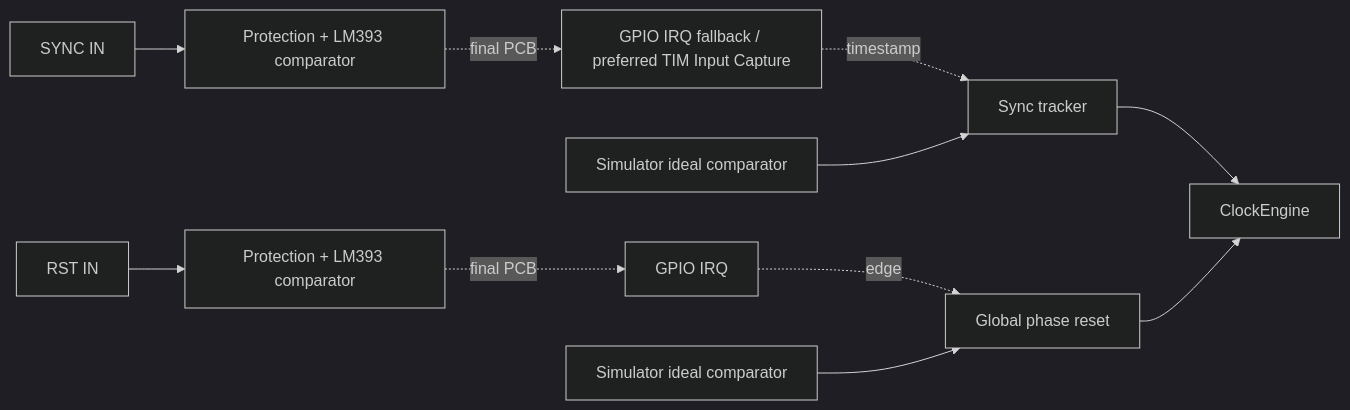
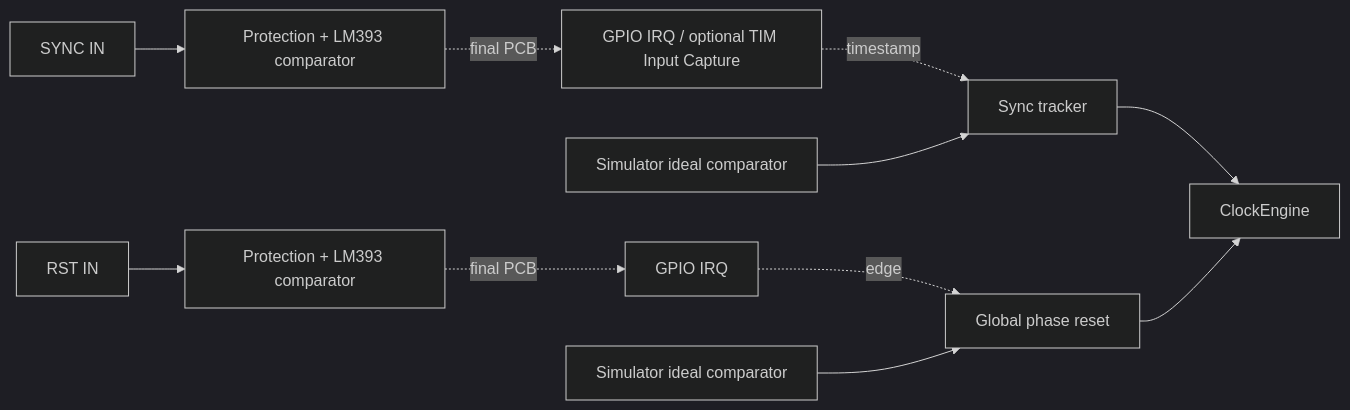
The sixth of 7 diagrams in docs/ARCHITECTURE.md (napolitano/eurorack-clock-firmware), drawn with Mermaid (dark theme) before and after one commit. The commit also changed other lines of this file and 29 other files, not shown here.

````diff
--- a/docs/ARCHITECTURE.md
+++ b/docs/ARCHITECTURE.md
@@ -252,13 +258,13 @@
 ```mermaid
 flowchart LR
     SyncJack[SYNC IN] --> SyncAnalog[Protection + LM393 comparator]
     ResetJack[RST IN] --> ResetAnalog[Protection + LM393 comparator]
-    SyncAnalog -. final PCB .-> SyncCapture[GPIO IRQ fallback / preferred TIM Input Capture]
+    SyncAnalog -. final PCB .-> SyncCapture[GPIO IRQ / optional TIM Input Capture]
     ResetAnalog -. final PCB .-> ResetCapture[GPIO IRQ]
     SyncCapture -. timestamp .-> Tracker[Sync tracker]
     ResetCapture -. edge .-> Reset[Global phase reset]
     SimSync[Simulator ideal comparator] --> Tracker
     SimReset[Simulator ideal comparator] --> Reset
     Tracker --> Engine[ClockEngine]
     Reset --> Engine
 ```
````
